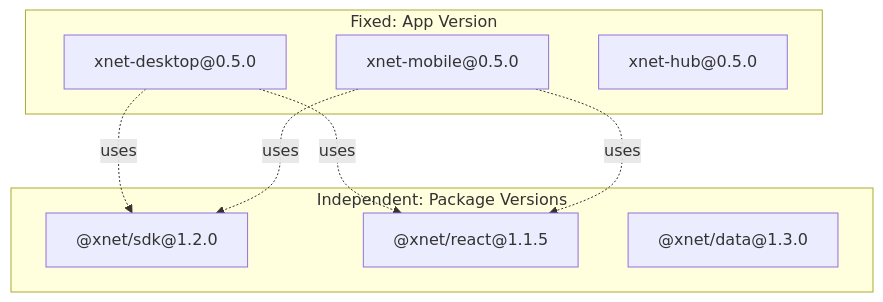
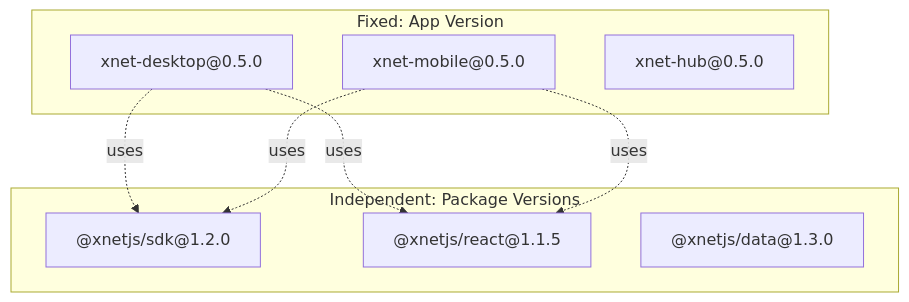
One commit to crs48/xNet changed the third of 9 diagrams in docs/explorations/0064_[_]_MONOREPO_RELEASE_AUTOMATION.md. Above: the diagram before and after it, drawn with Mermaid. The commit also changed other lines of this file and 980 other files, not shown here.

````diff
--- a/docs/explorations/0064_[_]_MONOREPO_RELEASE_AUTOMATION.md
+++ b/docs/explorations/0064_[_]_MONOREPO_RELEASE_AUTOMATION.md
@@ -193,19 +193,19 @@
 ```mermaid
 flowchart TB
     subgraph "Fixed: App Version"
         ELECTRON["xnet-desktop@0.5.0"]
         EXPO["xnet-mobile@0.5.0"]
         HUB["xnet-hub@0.5.0"]
     end
 
     subgraph "Independent: Package Versions"
-        SDK["@xnet/sdk@1.2.0"]
-        REACT["@xnet/react@1.1.5"]
-        DATA["@xnet/data@1.3.0"]
+        SDK["@xnetjs/sdk@1.2.0"]
+        REACT["@xnetjs/react@1.1.5"]
+        DATA["@xnetjs/data@1.3.0"]
     end
 
     ELECTRON -.->|"uses"| SDK
     ELECTRON -.->|"uses"| REACT
     EXPO -.->|"uses"| SDK
     EXPO -.->|"uses"| REACT
 ```
````
